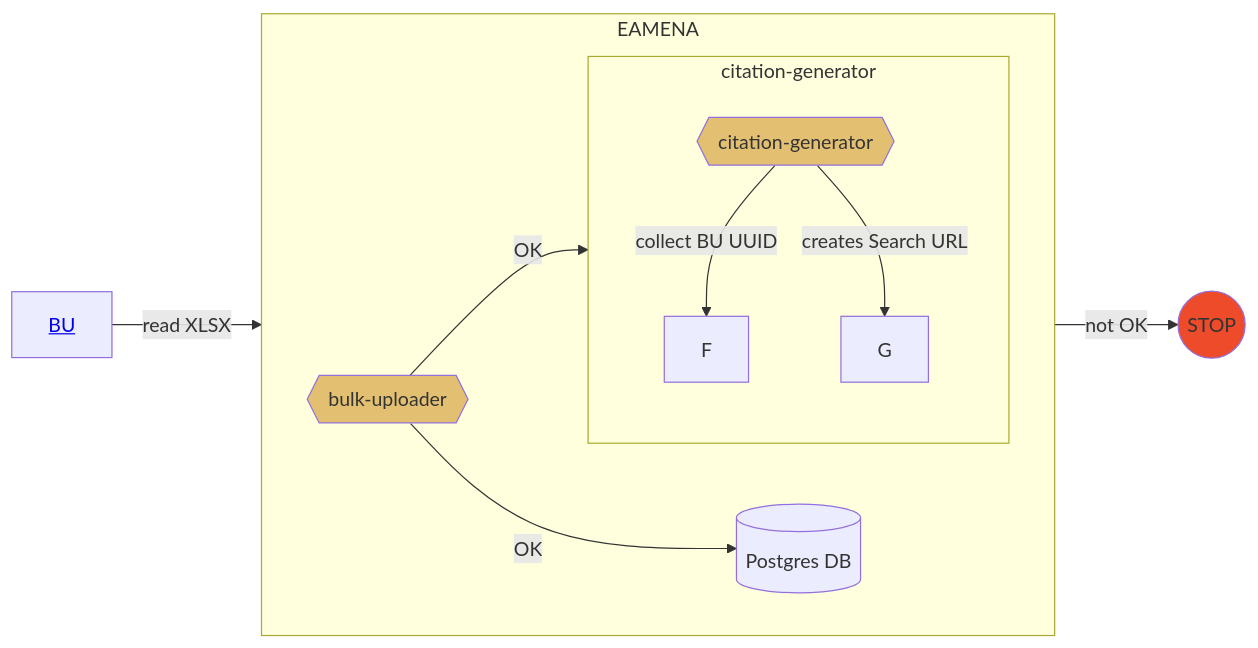
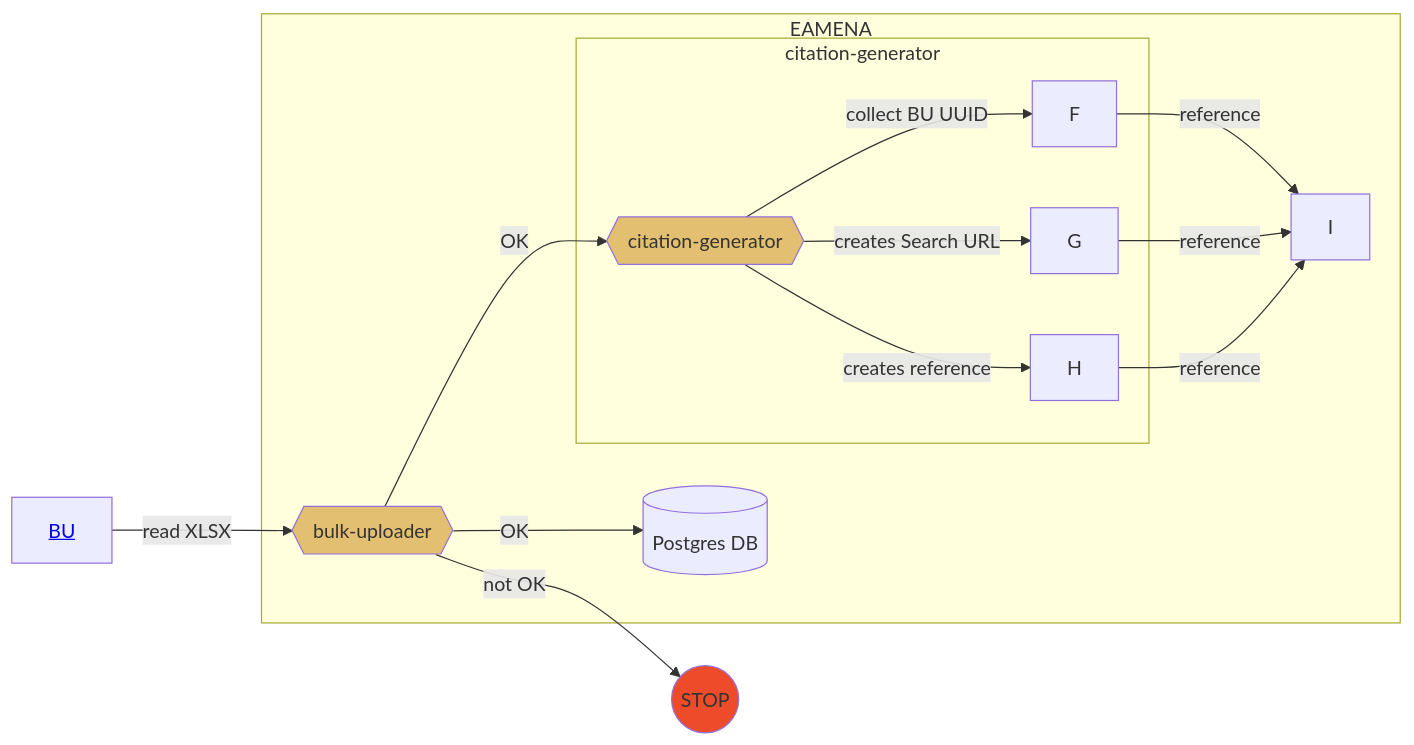
The diagram in data/bibref/README.md (eamena-project/eamena-arches-dev), drawn with Mermaid before and after one commit.

Commit message:
citation README

````diff
--- a/data/bibref/README.md
+++ b/data/bibref/README.md
@@ -11,17 +11,17 @@
 ```mermaid
 flowchart LR
 	A[<a href='https://github.com/eamena-project/eamena-arches-dev/blob/main/dbs/database.eamena/docs/notes/Arches%207%20Upgrade.md#splitchunk'>BU</a>] --read XLSX--> B{{bulk-uploader}}:::eamenaFunc;
 	subgraph EAMENA
-	direction LR
 	B -- OK --> C[(Postgres DB)];
 	B -- OK --> E{{citation-generator}}:::eamenaFunc;
 		subgraph citation-generator
-		direction TB
 		E -- collect BU UUID --> F;
 		E -- creates Search URL --> G;
+		E -- creates reference --> H;
 		end
+		F & G & H -- reference --> I;
 	end
 	B -- not OK --> D((STOP)):::stop;
 	classDef eamenaFunc fill:#e3c071;
 	classDef stop fill:#EE4B2B;
 ```
````
